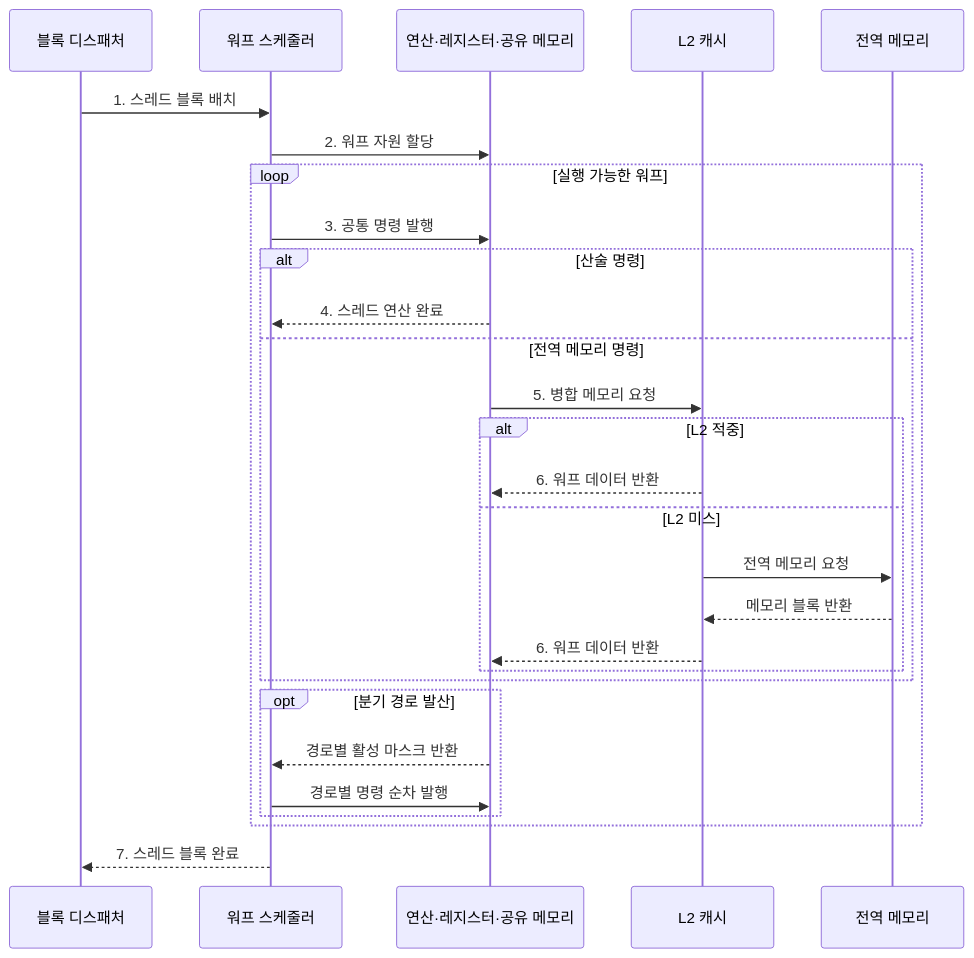
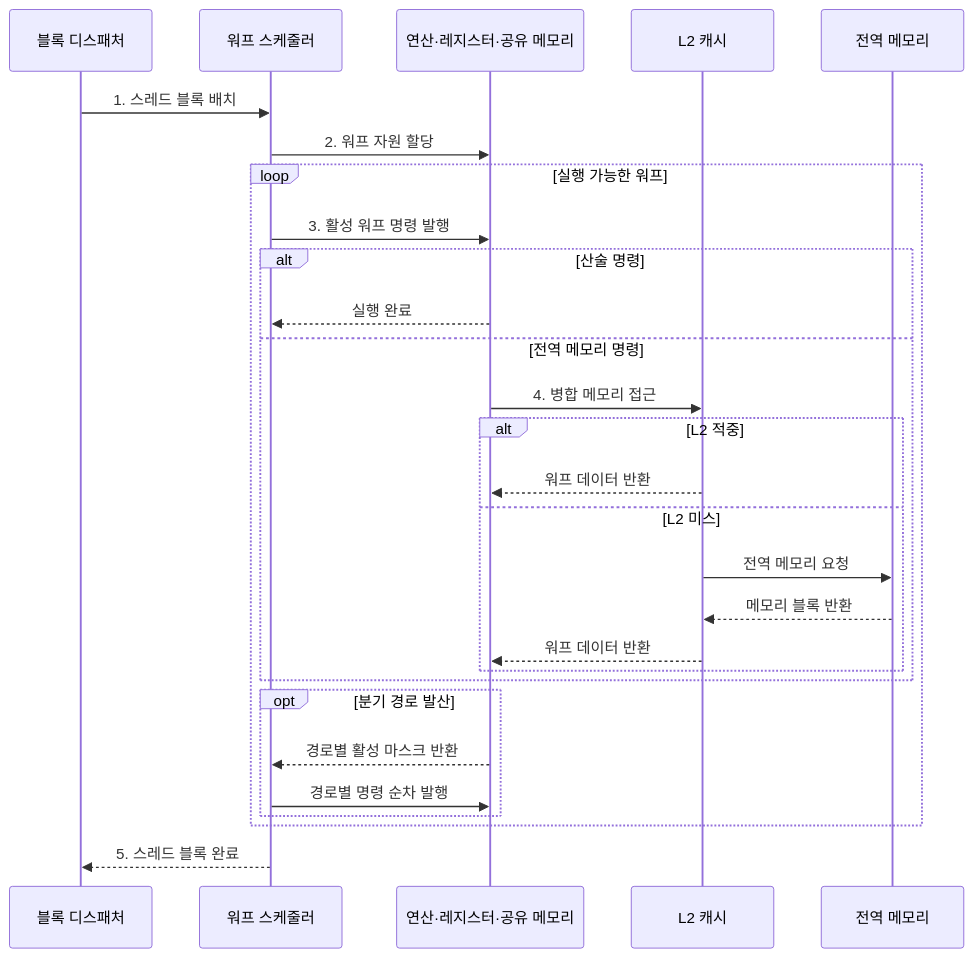
The second of 2 diagrams in src/content/docs/notes/02-hardware/041_gpu_simt.md (agnusdei1207/knowledge-base), drawn with Mermaid before and after one commit. The commit also changed other lines of this file and 86 other files, not shown here.

````diff
--- a/src/content/docs/notes/02-hardware/041_gpu_simt.md
+++ b/src/content/docs/notes/02-hardware/041_gpu_simt.md
@@ -88,31 +88,31 @@
 ```mermaid
 sequenceDiagram
     participant D as 블록 디스패처
     participant W as 워프 스케줄러
     participant E as 연산·레지스터·공유 메모리
     participant L as L2 캐시
     participant G as 전역 메모리
 
     D->>W: 1. 스레드 블록 배치
     W->>E: 2. 워프 자원 할당
     loop 실행 가능한 워프
-        W->>E: 3. 공통 명령 발행
+        W->>E: 3. 활성 워프 명령 발행
         alt 산술 명령
-            E-->>W: 4. 스레드 연산 완료
+            E-->>W: 실행 완료
         else 전역 메모리 명령
-            E->>L: 5. 병합 메모리 요청
+            E->>L: 4. 병합 메모리 접근
             alt L2 적중
-                L-->>E: 6. 워프 데이터 반환
+                L-->>E: 워프 데이터 반환
             else L2 미스
                 L->>G: 전역 메모리 요청
                 G-->>L: 메모리 블록 반환
-                L-->>E: 6. 워프 데이터 반환
+                L-->>E: 워프 데이터 반환
             end
         end
         opt 분기 경로 발산
             E-->>W: 경로별 활성 마스크 반환
             W->>E: 경로별 명령 순차 발행
         end
     end
-    W-->>D: 7. 스레드 블록 완료
+    W-->>D: 5. 스레드 블록 완료
 ```
````
